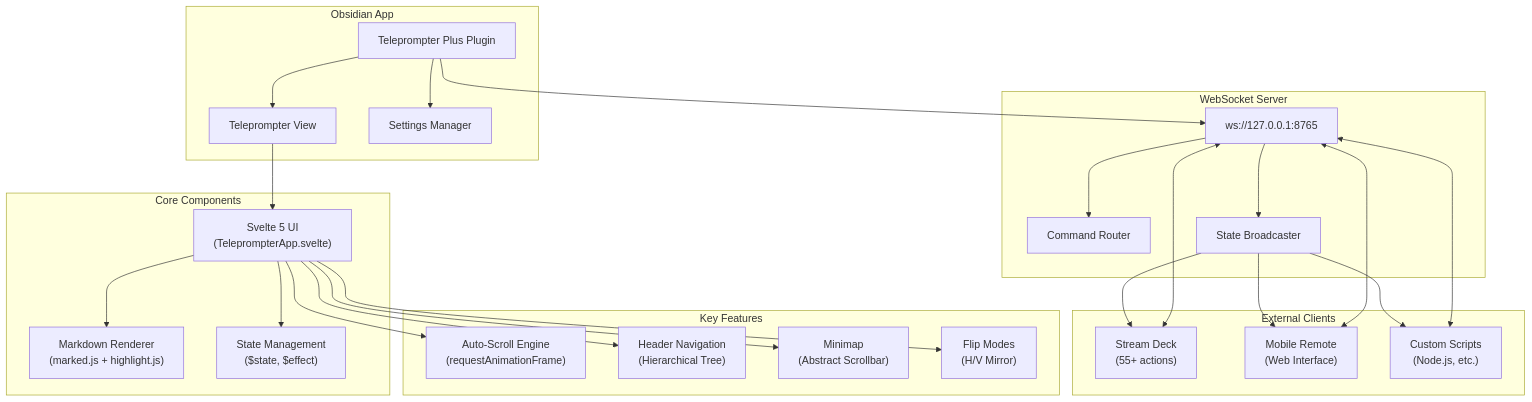
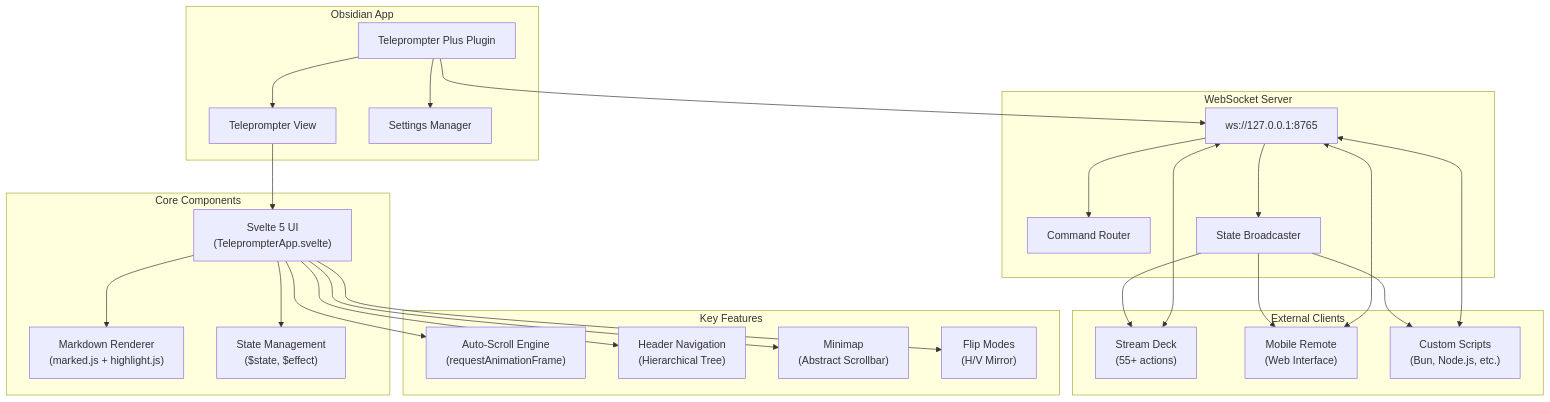
One commit to JuracyAmerico/obsidian-teleprompter-plus changed the diagram in README.md. Above: the diagram before and after it, drawn with Mermaid. The commit also changed other lines of this file, not shown here.

Commit message:
docs: Update examples to use Bun instead of Node.js

````diff
--- a/README.md
+++ b/README.md
@@ -85,54 +85,54 @@
 ```mermaid
 flowchart TB
     subgraph Obsidian["Obsidian App"]
         Plugin["Teleprompter Plus Plugin"]
         View["Teleprompter View"]
         Settings["Settings Manager"]
         Plugin --> View
         Plugin --> Settings
     end
 
     subgraph Core["Core Components"]
         Svelte["Svelte 5 UI\n(TeleprompterApp.svelte)"]
         Markdown["Markdown Renderer\n(marked.js + highlight.js)"]
         State["State Management\n($state, $effect)"]
         View --> Svelte
         Svelte --> Markdown
         Svelte --> State
     end
 
     subgraph Server["WebSocket Server"]
         WS["ws://127.0.0.1:8765"]
         Commands["Command Router"]
         Broadcast["State Broadcaster"]
         WS --> Commands
         WS --> Broadcast
     end
 
     subgraph Clients["External Clients"]
         StreamDeck["Stream Deck\n(55+ actions)"]
         Mobile["Mobile Remote\n(Web Interface)"]
-        Custom["Custom Scripts\n(Node.js, etc.)"]
+        Custom["Custom Scripts\n(Bun, Node.js, etc.)"]
     end
 
     subgraph Features["Key Features"]
         AutoScroll["Auto-Scroll Engine\n(requestAnimationFrame)"]
         Navigation["Header Navigation\n(Hierarchical Tree)"]
         Minimap["Minimap\n(Abstract Scrollbar)"]
         Flip["Flip Modes\n(H/V Mirror)"]
     end
 
     Plugin --> WS
     Svelte --> AutoScroll
     Svelte --> Navigation
     Svelte --> Minimap
     Svelte --> Flip
 
     StreamDeck <--> WS
     Mobile <--> WS
     Custom <--> WS
 
     Broadcast --> StreamDeck
     Broadcast --> Mobile
     Broadcast --> Custom
 ```
````
